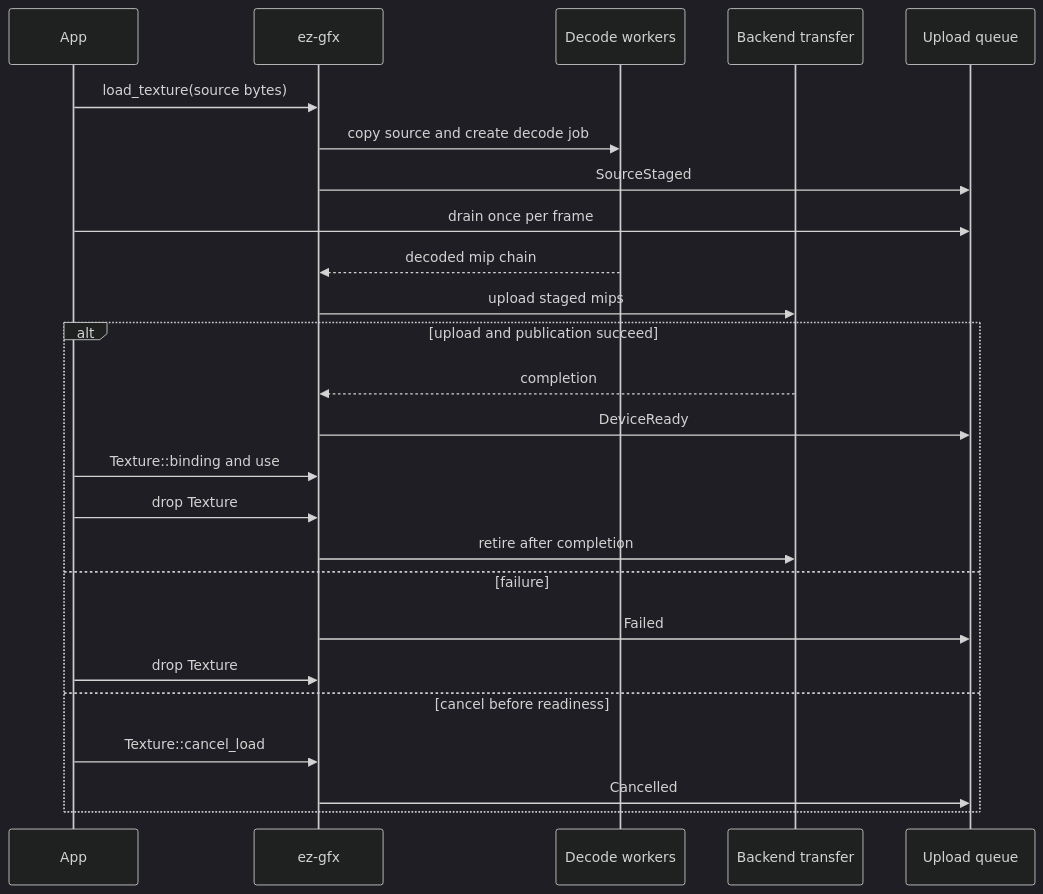
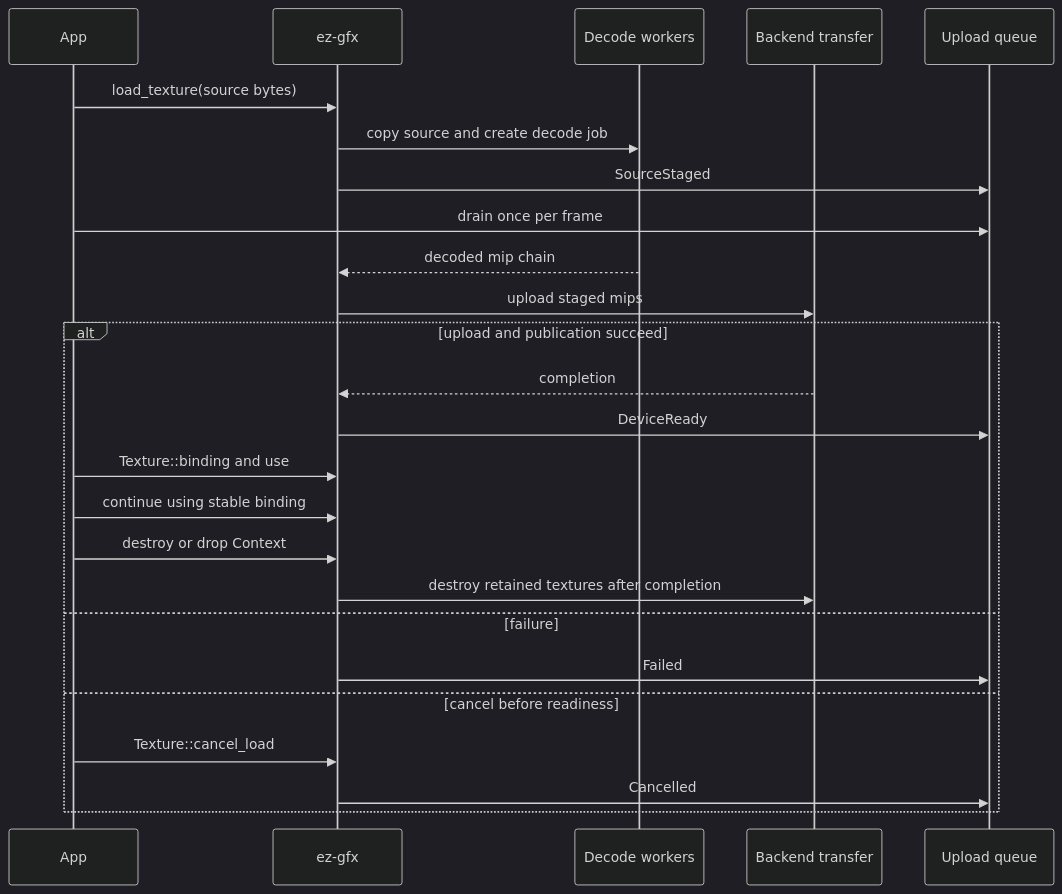
Before and after one commit to jkelin/ez_gfx_api2: the diagram in docs/textures.md, drawn with Mermaid (dark theme). The commit also changed other lines of this file and 114 other files, not shown here.

First line of the commit message:
refactor(api): complete graphics ownership and binding cutover

````diff
--- a/docs/textures.md
+++ b/docs/textures.md
@@ -18,27 +18,27 @@
 ```mermaid
 sequenceDiagram
     participant App
     participant Gfx as ez-gfx
     participant CPU as Decode workers
     participant GPU as Backend transfer
     participant Queue as Upload queue
     App->>Gfx: load_texture(source bytes)
     Gfx->>CPU: copy source and create decode job
     Gfx->>Queue: SourceStaged
     App->>Queue: drain once per frame
     CPU-->>Gfx: decoded mip chain
     Gfx->>GPU: upload staged mips
     alt upload and publication succeed
         GPU-->>Gfx: completion
         Gfx->>Queue: DeviceReady
         App->>Gfx: Texture::binding and use
-        App->>Gfx: drop Texture
-        Gfx->>GPU: retire after completion
+        App->>Gfx: continue using stable binding
+        App->>Gfx: destroy or drop Context
+        Gfx->>GPU: destroy retained textures after completion
     else failure
         Gfx->>Queue: Failed
-        App->>Gfx: drop Texture
     else cancel before readiness
         App->>Gfx: Texture::cancel_load
         Gfx->>Queue: Cancelled
     end
 ```
````
